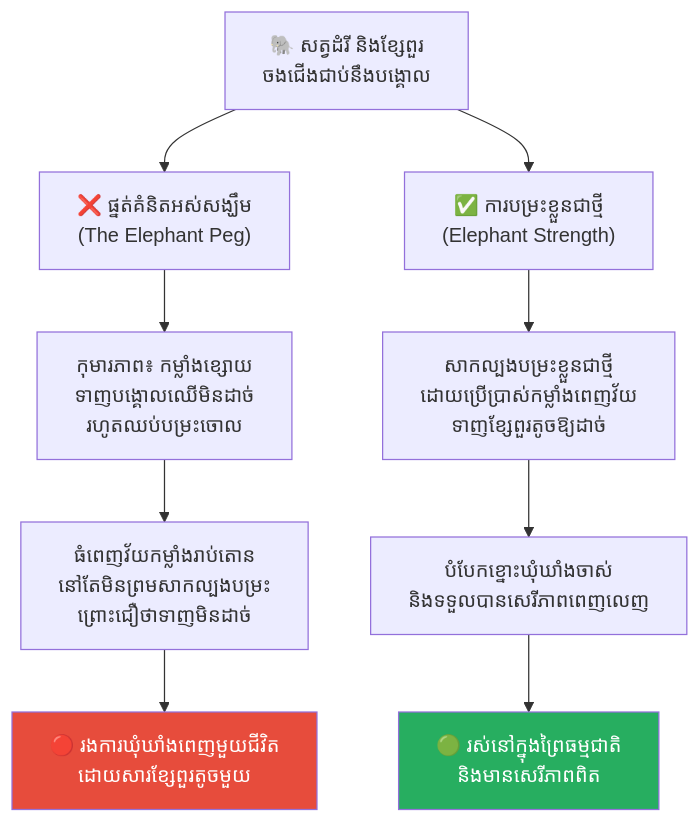
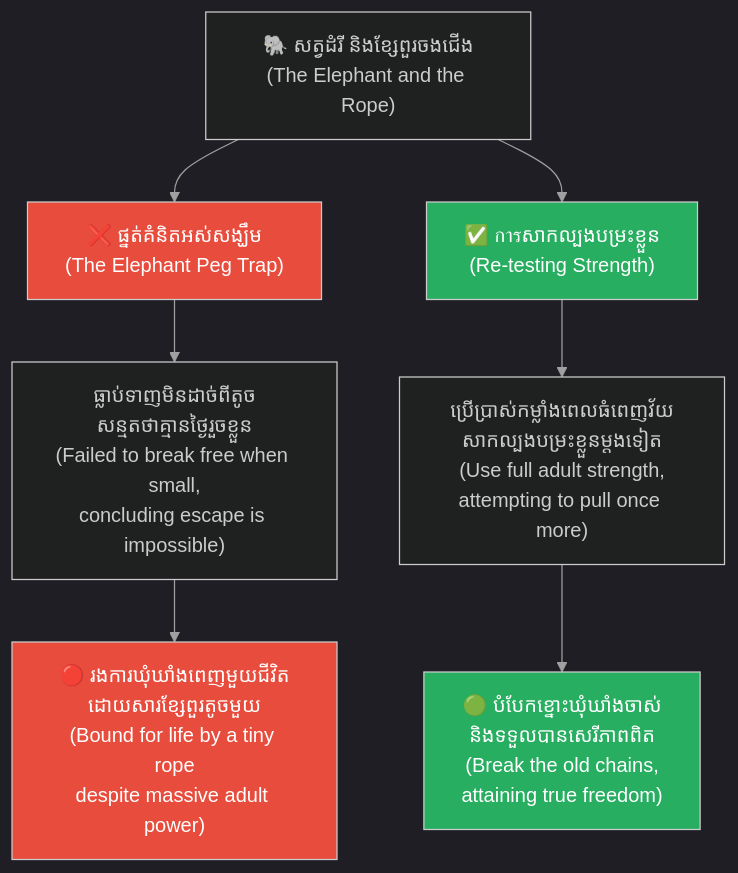
One commit to GuideStack/iblogger-feeds changed the fourth of 5 diagrams in feeds/concepts/articles/08-learned-helplessness.md. Above: the diagram before and after it, drawn with Mermaid. The commit also changed other lines of this file, not shown here.

Commit message:
docs: upgrade 08-learned-helplessness.md to bilingual layout and styled diagrams

````diff
--- a/feeds/concepts/articles/08-learned-helplessness.md
+++ b/feeds/concepts/articles/08-learned-helplessness.md
@@ -146,16 +231,25 @@
 ```mermaid
+%%{init: {
+  'theme': 'dark',
+  'themeVariables': {
+    'background': '#1e1e1e',
+    'primaryTextColor': '#ffffff',
+    'lineColor': '#a0a0a0'
+  },
+  'themeCSS': 'svg { background-color: #1e1e1e !important; padding: 1rem !important; border-radius: 8px !important; } .edgeLabel rect { fill: #1e1e1e !important; } text, tspan { fill: #ffffff !important; }'
+}}%%
 graph TD
-    A["🐘 សត្វដំរី និងខ្សែពួរ<br/>ចងជើងជាប់នឹងបង្គោល"] --> B1["❌ ផ្នត់គំនិតអស់សង្ឃឹម<br/>(The Elephant Peg)"]
-    A --> B2["✅ ការបម្រះខ្លួនជាថ្មី<br/>(Elephant Strength)"]
-    
-    B1 --> C1["កុមារភាព៖ កម្លាំងខ្សោយ<br/>ទាញបង្គោលឈើមិនដាច់<br/>រហូតឈប់បម្រះចោល"]
-    C1 --> D1["ធំពេញវ័យកម្លាំងរាប់តោន<br/>នៅតែមិនព្រមសាកល្បងបម្រះ<br/>ព្រោះជឿថាទាញមិនដាច់"]
-    D1 --> E1["🔴 រងការឃុំឃាំងពេញមួយជីវិត<br/>ដោយសារខ្សែពួរតូចមួយ"]
-    
-    B2 --> C2["សាកល្បងបម្រះខ្លួនជាថ្មី<br/>ដោយប្រើប្រាស់កម្លាំងពេញវ័យ<br/>ទាញខ្សែពួរតូចឱ្យដាច់"]
-    C2 --> D2["បំបែកខ្នោះឃុំឃាំងចាស់<br/>និងទទួលបានសេរីភាពពេញលេញ"]
-    D2 --> E2["🟢 រស់នៅក្នុងព្រៃធម្មជាតិ<br/>និងមានសេរីភាពពិត"]
+    A["🐘 សត្វដំរី និងខ្សែពួរចងជើង<br/>(The Elephant and the Rope)"] --> B1["❌ ផ្នត់គំនិតអស់សង្ឃឹម<br/>(The Elephant Peg Trap)"]
+    A --> B2["✅ การសាកល្បងបម្រះខ្លួន<br/>(Re-testing Strength)"]
 
-    style E1 fill:#e74c3c,color:#fff
-    style E2 fill:#27ae60,color:#fff
+    B1 --> C1["ធ្លាប់ទាញមិនដាច់ពីតូច<br/>សន្មតថាគ្មានថ្ងៃរួចខ្លួន<br/>(Failed to break free when small,<br/>concluding escape is impossible)"]
+    C1 --> D1["🔴 រងការឃុំឃាំងពេញមួយជីវិត<br/>ដោយសារខ្សែពួរតូចមួយ<br/>(Bound for life by a tiny rope<br/>despite massive adult power)"]
+
+    B2 --> C2["ប្រើប្រាស់កម្លាំងពេលធំពេញវ័យ<br/>សាកល្បងបម្រះខ្លួនម្តងទៀត<br/>(Use full adult strength,<br/>attempting to pull once more)"]
+    C2 --> D2["🟢 បំបែកខ្នោះឃុំឃាំងចាស់<br/>និងទទួលបានសេរីភាពពិត<br/>(Break the old chains,<br/>attaining true freedom)"]
+
+    style B1 fill:#e74c3c,color:#fff
+    style B2 fill:#27ae60,color:#fff
+    style D1 fill:#e74c3c,color:#fff
+    style D2 fill:#27ae60,color:#fff
 ```
````
